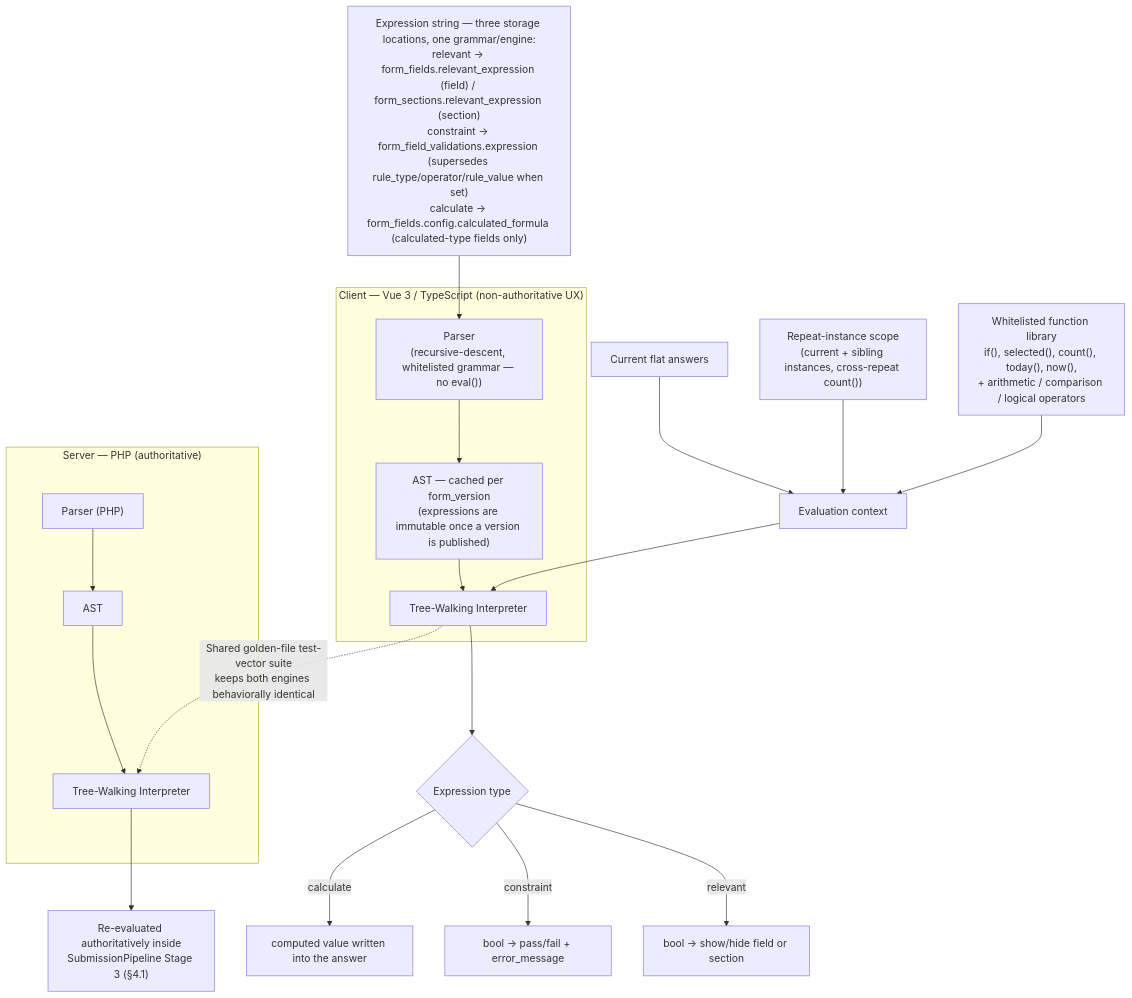
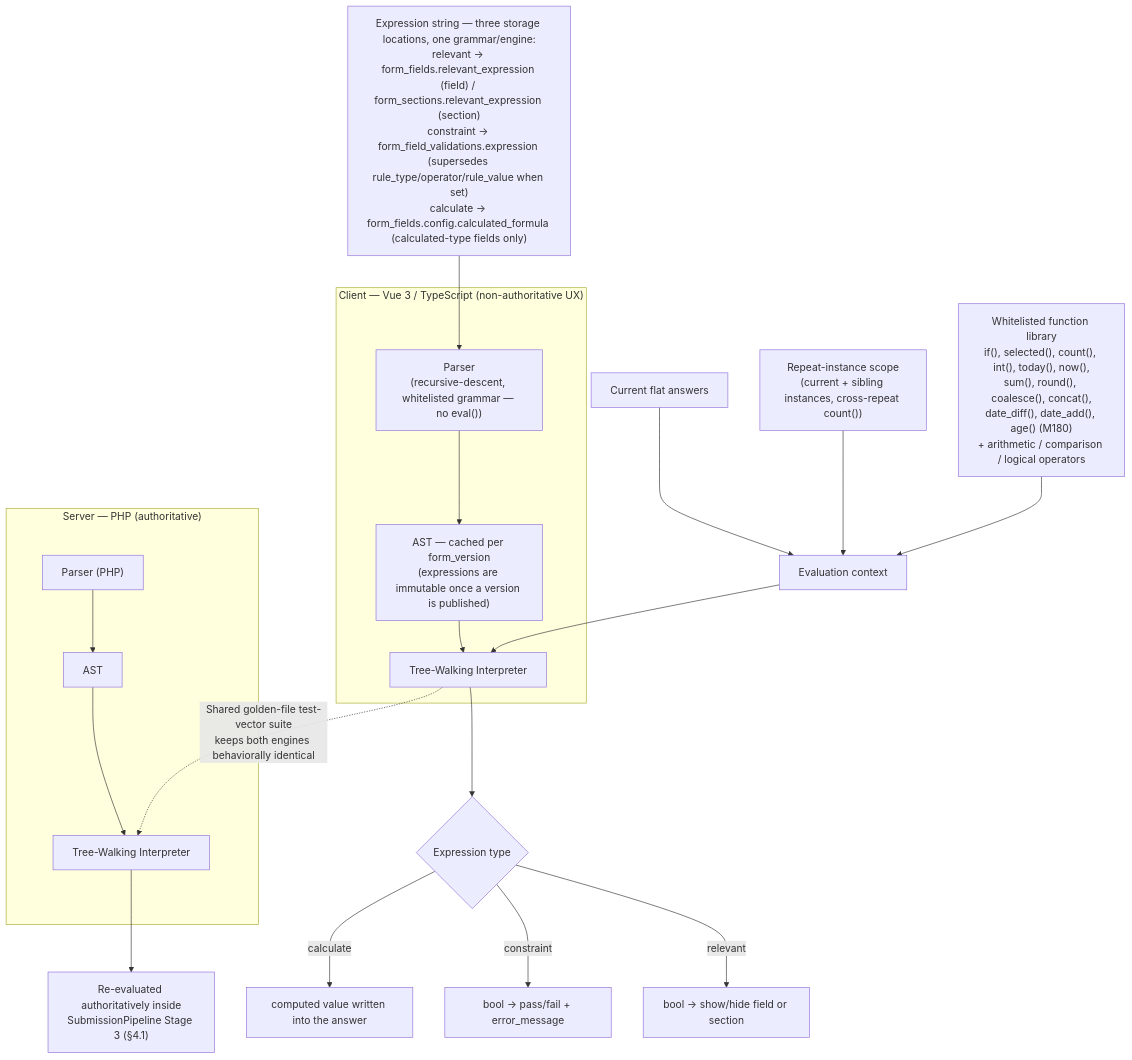
Before and after one commit to avincentpatrick/dev_formbuilder_app: the sixth of 7 diagrams in docs/architecture/technical-architecture.md, drawn with Mermaid. The commit also changed other lines of this file and 100 other files, not shown here.

````diff
--- a/docs/architecture/technical-architecture.md
+++ b/docs/architecture/technical-architecture.md
@@ -326,25 +326,25 @@
 ```mermaid
 flowchart TD
   A["Expression string — three storage locations, one grammar/engine:<br/>relevant → form_fields.relevant_expression (field) / form_sections.relevant_expression (section)<br/>constraint → form_field_validations.expression (supersedes rule_type/operator/rule_value when set)<br/>calculate → form_fields.config.calculated_formula (calculated-type fields only)"] --> B["Parser<br/>(recursive-descent, whitelisted grammar — no eval())"]
   B --> C["AST — cached per form_version<br/>(expressions are immutable once a version is published)"]
   C --> H["Tree-Walking Interpreter"]
   D["Evaluation context"] --> H
   E["Current flat answers"] --> D
   F["Repeat-instance scope<br/>(current + sibling instances, cross-repeat count())"] --> D
-  G["Whitelisted function library<br/>if(), selected(), count(), today(), now(),<br/>+ arithmetic / comparison / logical operators"] --> D
+  G["Whitelisted function library<br/>if(), selected(), count(), int(), today(), now(),<br/>sum(), round(), coalesce(), concat(),<br/>date_diff(), date_add(), age() (M180)<br/>+ arithmetic / comparison / logical operators"] --> D
   H --> I{"Expression type"}
   I -->|relevant| J["bool → show/hide field or section"]
   I -->|constraint| K["bool → pass/fail + error_message"]
   I -->|calculate| L["computed value written into the answer"]
 
   subgraph "Client — Vue 3 / TypeScript (non-authoritative UX)"
     B
     C
     H
   end
   subgraph "Server — PHP (authoritative)"
     B2["Parser (PHP)"] --> C2["AST"] --> H2["Tree-Walking Interpreter"]
   end
   H2 --> M["Re-evaluated authoritatively inside<br/>SubmissionPipeline Stage 3 (§4.1)"]
   H -.->|"Shared golden-file test-vector suite<br/>keeps both engines behaviorally identical"| H2
 ```
````
